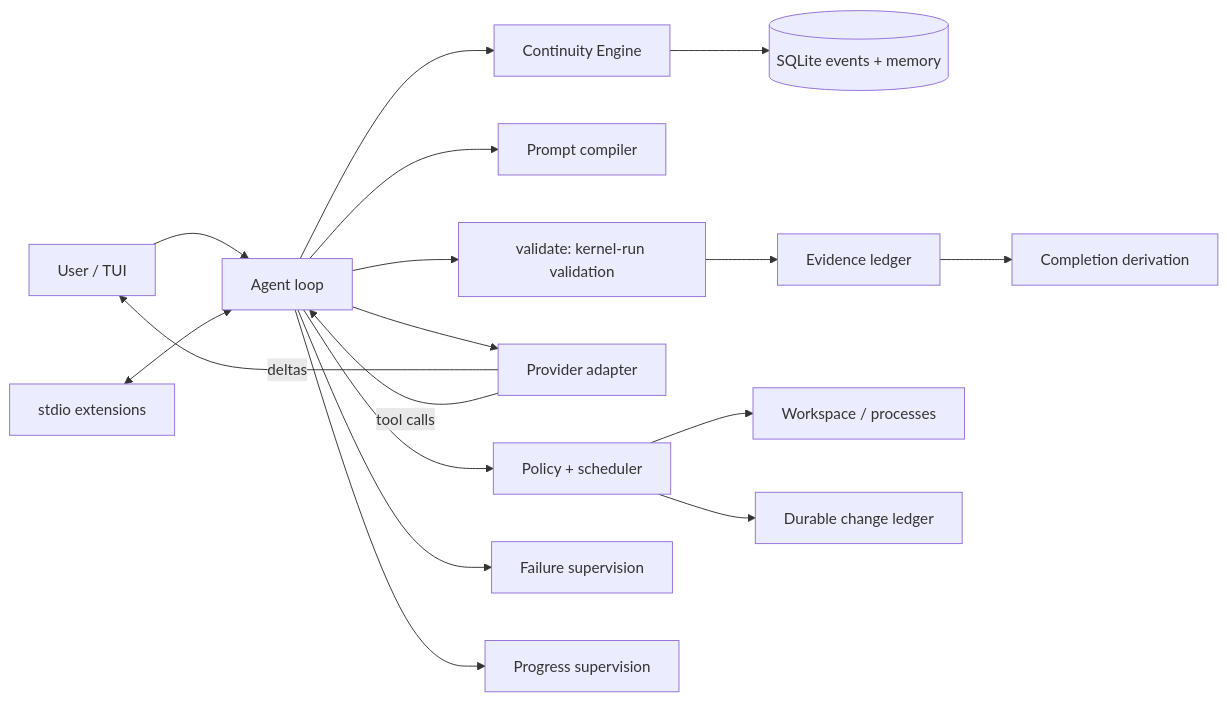
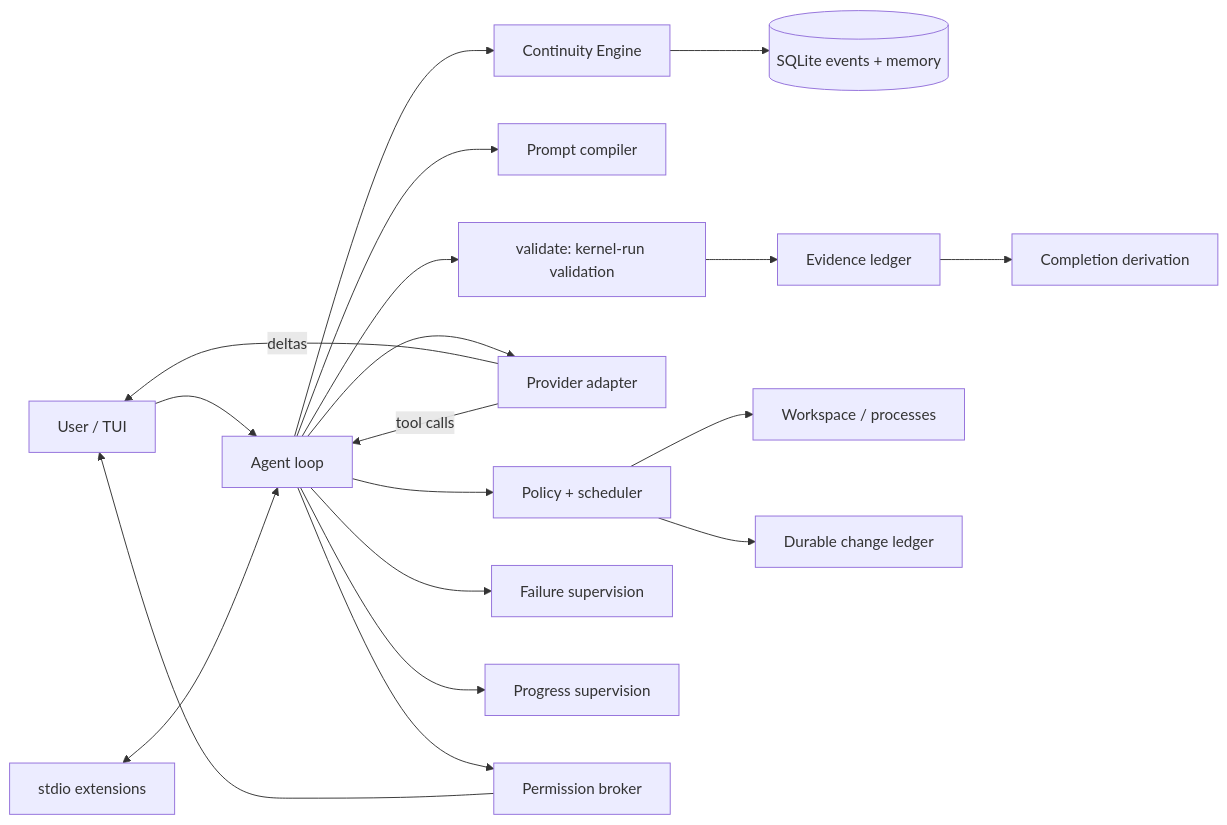
Before and after one commit to JinShuo-Li/latch: the diagram in docs/ARCHITECTURE.md, drawn with Mermaid. The commit also changed other lines of this file and 3 other files, not shown here.

````diff
--- a/docs/ARCHITECTURE.md
+++ b/docs/ARCHITECTURE.md
@@ -10,19 +10,21 @@
 ```mermaid
 flowchart LR
     U[User / TUI] --> K[Agent loop]
     K --> C[Continuity Engine]
     C --> S[(SQLite events + memory)]
     K --> P[Prompt compiler]
     K --> V[validate: kernel-run validation]
     V --> E[Evidence ledger]
     E --> CP[Completion derivation]
     K --> M[Provider adapter]
     M -->|deltas| U
     M -->|tool calls| K
     K --> G[Policy + scheduler]
     G --> W[Workspace / processes]
     G --> L[Durable change ledger]
     K --> F[Failure supervision]
     K --> PS[Progress supervision]
+    K --> PB[Permission broker]
+    PB --> U
     X[stdio extensions] <--> K
 ```
````
